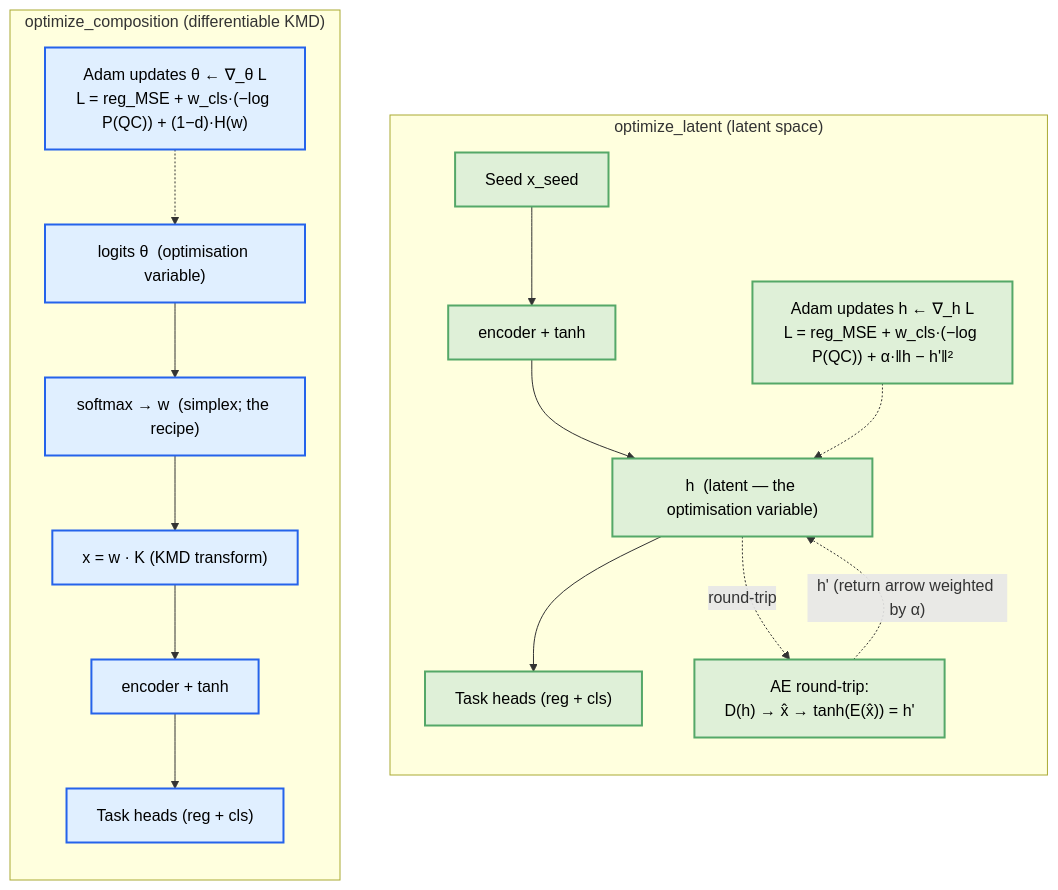
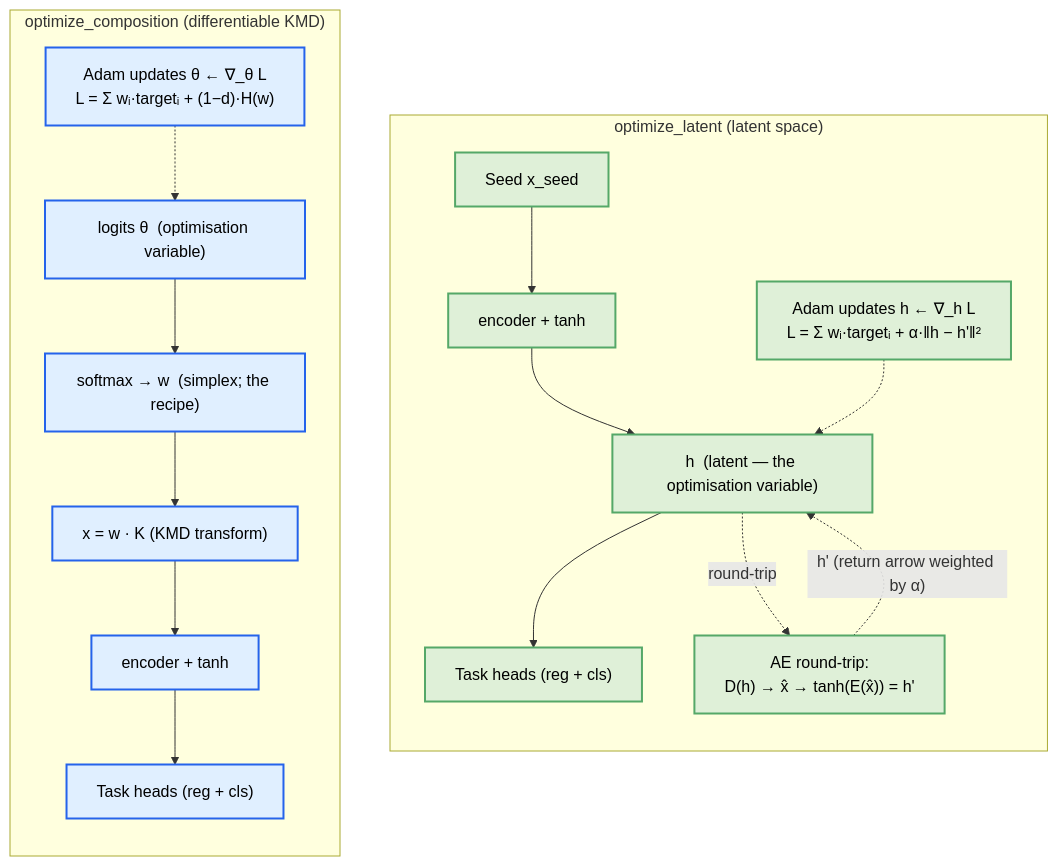
One commit to TsumiNa/foundation_model changed the third of 3 diagrams in ARCHITECTURE.md. Above: the diagram before and after it, drawn with Mermaid. The commit also changed other lines of this file and 17 other files, not shown here.

````diff
--- a/ARCHITECTURE.md
+++ b/ARCHITECTURE.md
@@ -288,36 +290,36 @@
 ```mermaid
 graph TD
     subgraph Latent["optimize_latent (latent space)"]
         direction TB
         Seed1["Seed x_seed"]
         Enc1["encoder + tanh"]
         H["h  (latent — the optimisation variable)"]
         AE["AE round-trip:<br/>D(h) → x̂ → tanh(E(x̂)) = h'"]
         Heads1["Task heads (reg + cls)"]
-        AdamL["Adam updates h ← ∇_h L<br/>L = reg_MSE + w_cls·(−log P(QC)) + α·‖h − h'‖²"]
+        AdamL["Adam updates h ← ∇_h L<br/>L = Σ wᵢ·targetᵢ + α·‖h − h'‖²"]
 
         Seed1 --> Enc1 --> H
         H --> Heads1
         H -. round-trip .-> AE
         AE -. "h' (return arrow weighted by α)" .-> H
         AdamL -.-> H
     end
 
     subgraph Comp["optimize_composition (differentiable KMD)"]
         direction TB
         Theta["logits θ  (optimisation variable)"]
         WSoft["softmax → w  (simplex; the recipe)"]
         KMD["x = w · K  (KMD transform)"]
         Enc2["encoder + tanh"]
         Heads2["Task heads (reg + cls)"]
-        AdamC["Adam updates θ ← ∇_θ L<br/>L = reg_MSE + w_cls·(−log P(QC)) + (1−d)·H(w)"]
+        AdamC["Adam updates θ ← ∇_θ L<br/>L = Σ wᵢ·targetᵢ + (1−d)·H(w)"]
 
         Theta --> WSoft --> KMD --> Enc2 --> Heads2
         AdamC -.-> Theta
     end
 
     classDef latentClass fill:#DFF0D8,stroke:#55A868,stroke-width:2px,color:#000;
     classDef compClass   fill:#E0EFFF,stroke:#2563EB,stroke-width:2px,color:#000;
     class Seed1,Enc1,H,AE,Heads1,AdamL latentClass
     class Theta,WSoft,KMD,Enc2,Heads2,AdamC compClass
 ```
````
